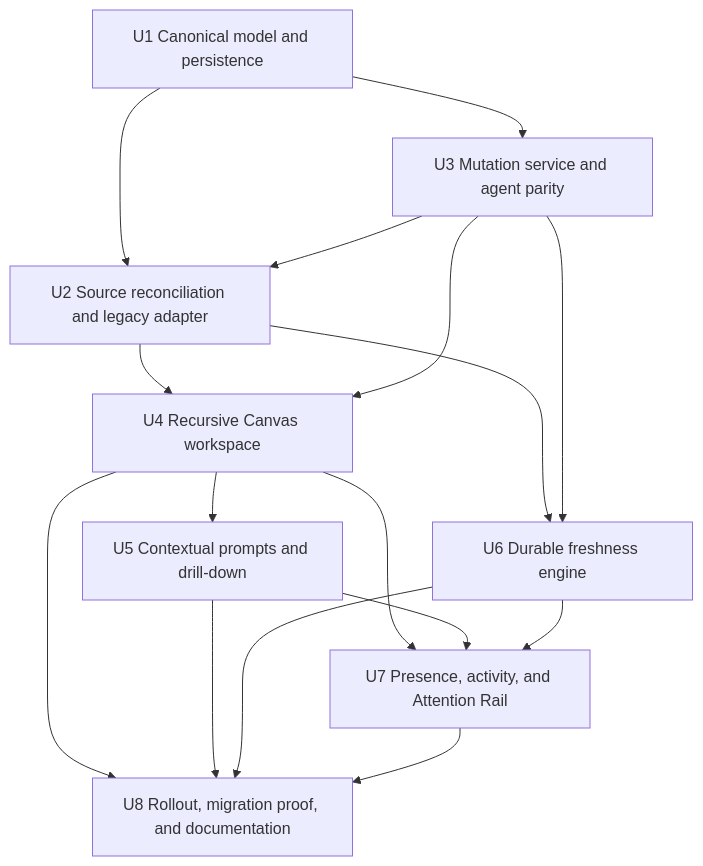
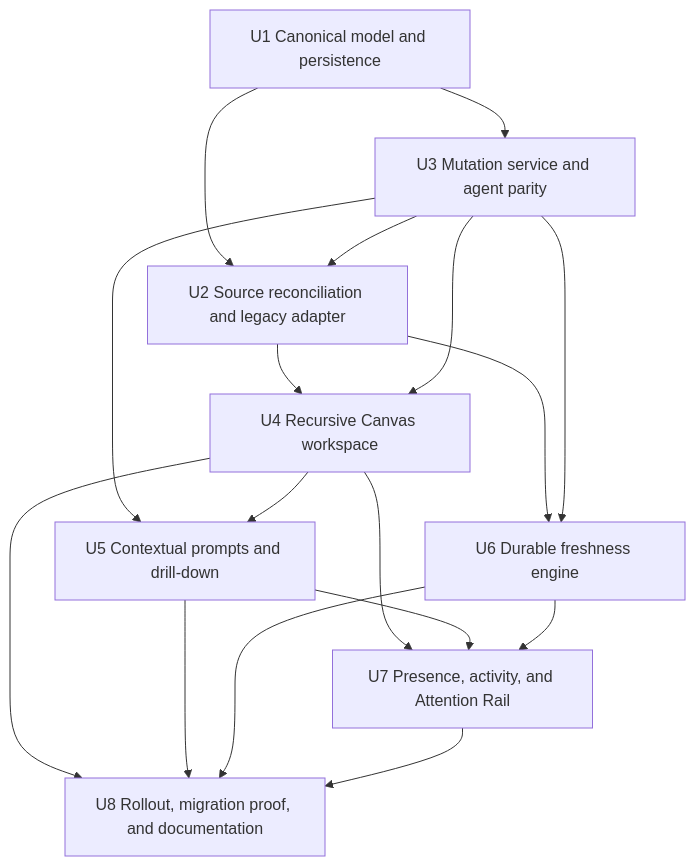
Before and after one commit to except-pass/tinstar: the sixth of 6 diagrams in docs/plans/2026-07-24-001-feat-recursive-collaborative-surfaces-plan.md, drawn with Mermaid. The commit also changed other lines of this file, not shown here.

````diff
--- a/docs/plans/2026-07-24-001-feat-recursive-collaborative-surfaces-plan.md
+++ b/docs/plans/2026-07-24-001-feat-recursive-collaborative-surfaces-plan.md
@@ -434,27 +434,28 @@
 ```mermaid
 flowchart TB
   U1["U1 Canonical model and persistence"]
   U2["U2 Source reconciliation and legacy adapter"]
   U3["U3 Mutation service and agent parity"]
   U4["U4 Recursive Canvas workspace"]
   U5["U5 Contextual prompts and drill-down"]
   U6["U6 Durable freshness engine"]
   U7["U7 Presence, activity, and Attention Rail"]
   U8["U8 Rollout, migration proof, and documentation"]
 
   U1 --> U3
   U1 --> U2
   U3 --> U2
   U2 --> U4
   U3 --> U4
+  U3 --> U5
   U4 --> U5
   U2 --> U6
   U3 --> U6
   U4 --> U7
   U5 --> U7
   U6 --> U7
   U4 --> U8
   U5 --> U8
   U6 --> U8
   U7 --> U8
 ```
````
